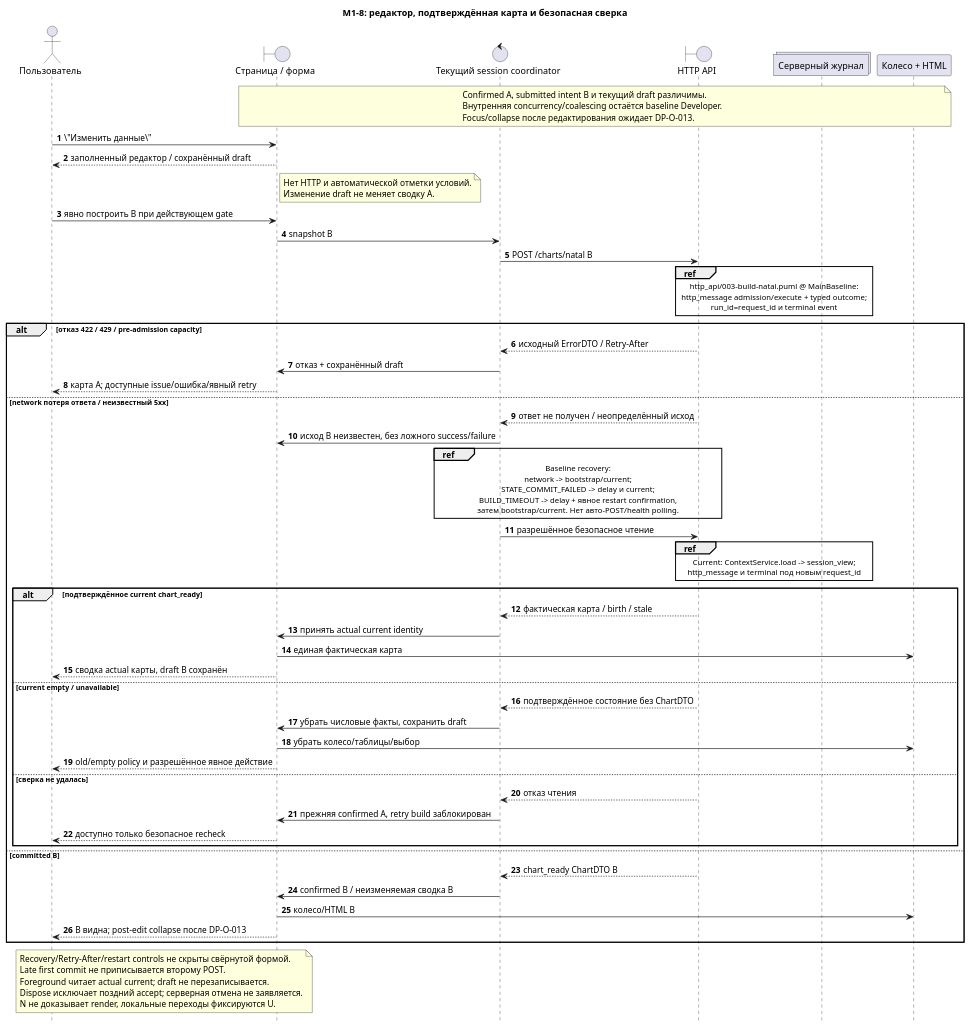
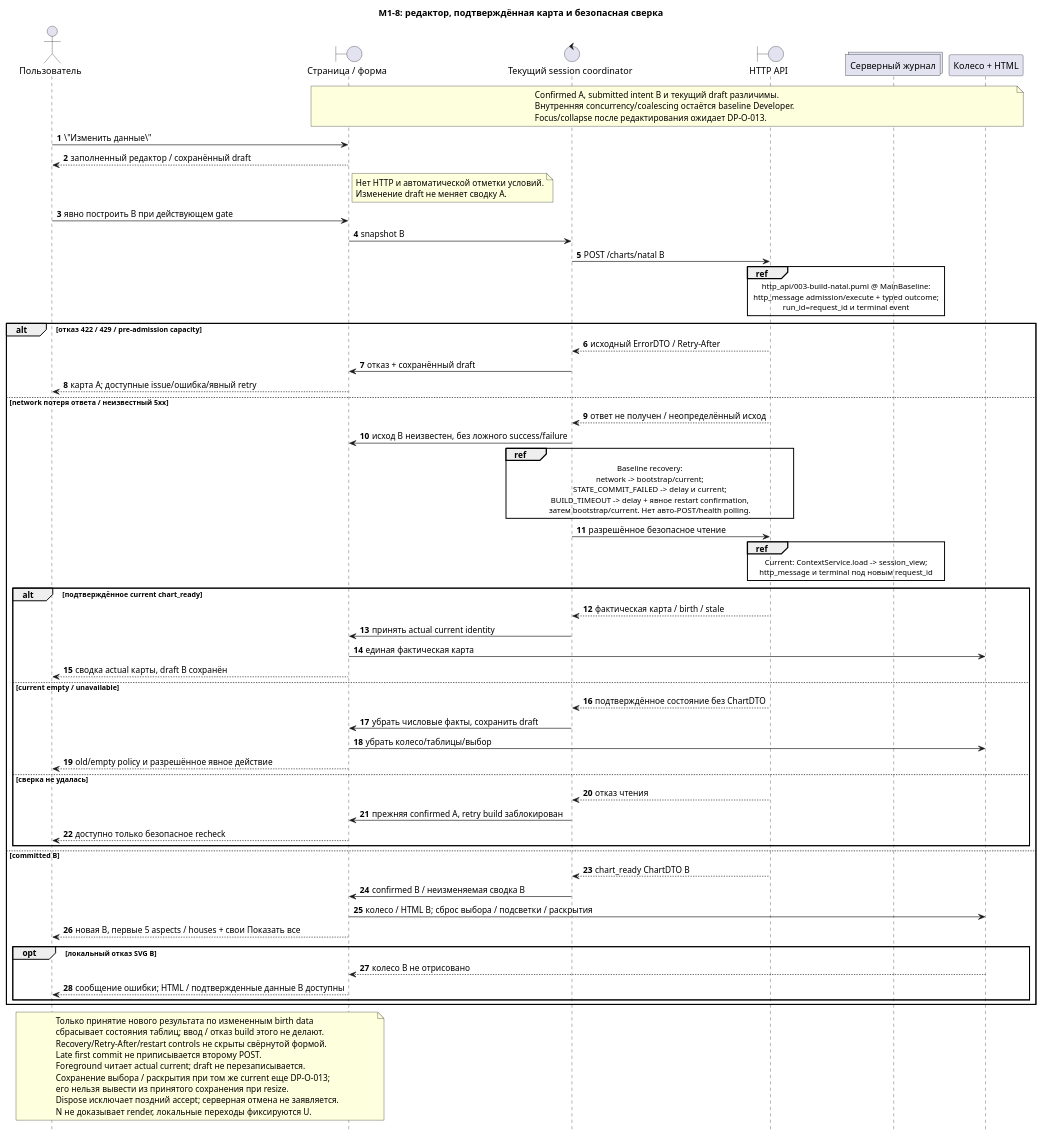
The diagram in docs/project_management/change_plans/ui-chart-wheel/analyst/sequence_diagrams/ui/003-edit-and-recovery.puml (ksenia-baranova/exact-orb-demo), drawn with PlantUML before and after one commit. The commit also changed 9 other files, not shown here.

```diff
--- a/docs/project_management/change_plans/ui-chart-wheel/analyst/sequence_diagrams/ui/003-edit-and-recovery.puml
+++ b/docs/project_management/change_plans/ui-chart-wheel/analyst/sequence_diagrams/ui/003-edit-and-recovery.puml
@@ -1,82 +1,90 @@
 @startuml
-' Owner: Functional Analyst. TASK-A-001; package v1.
-' InputSHA 5188b523089acc8081585e869c482ee0d343cfba
+' Owner: Functional Analyst. TASK-A-001; package v2; update 2026-10-15.
+' Update InputSHA 2b846077b317e33dd892565419942c4db8517b1e; v1 at 683bdd0
 ' REQ-WHEEL-08/11; REQ-UI-03/08/09/11
 ' AS-WHEEL-17/18/19/20/21/22
 ' Clean target: docs/sequence_diagrams/ui/003-edit-and-recovery.puml
 title M1-8: редактор, подтверждённая карта и безопасная сверка
 autonumber
 hide footbox
 actor "Пользователь" as User
 boundary "Страница / форма" as Page
 control "Текущий session coordinator" as Session
 boundary "HTTP API" as API
 collections "Серверный журнал" as Log
 participant "Колесо + HTML" as Views
 note over Page, Views
 Confirmed A, submitted intent B и текущий draft различимы.
 Внутренняя concurrency/coalescing остаётся baseline Developer.
 Focus/collapse после редактирования ожидает DP-O-013.
 end note
 User -> Page : \"Изменить данные\"
 Page --> User : заполненный редактор / сохранённый draft
 note right of Page
 Нет HTTP и автоматической отметки условий.
 Изменение draft не меняет сводку A.
 end note
 User -> Page : явно построить B при действующем gate
 Page -> Session : snapshot B
 Session -> API : POST /charts/natal B
 ref over API, Log
 http_api/003-build-natal.puml @ MainBaseline:
 http_message admission/execute + typed outcome;
 run_id=request_id и terminal event
 end ref
 alt отказ 422 / 429 / pre-admission capacity
   API --> Session : исходный ErrorDTO / Retry-After
   Session -> Page : отказ + сохранённый draft
   Page --> User : карта A; доступные issue/ошибка/явный retry
 else network потеря ответа / неизвестный 5xx
   API --> Session : ответ не получен / неопределённый исход
   Session -> Page : исход B неизвестен, без ложного success/failure
   ref over Session, API
   Baseline recovery:
   network -> bootstrap/current;
   STATE_COMMIT_FAILED -> delay и current;
   BUILD_TIMEOUT -> delay + явное restart confirmation,
   затем bootstrap/current. Нет авто-POST/health polling.
   end ref
   Session -> API : разрешённое безопасное чтение
   ref over API, Log
   Current: ContextService.load -> session_view;
   http_message и terminal под новым request_id
   end ref
   alt подтверждённое current chart_ready
     API --> Session : фактическая карта / birth / stale
     Session -> Page : принять actual current identity
     Page -> Views : единая фактическая карта
     Page --> User : сводка actual карты, draft B сохранён
   else current empty / unavailable
     API --> Session : подтверждённое состояние без ChartDTO
     Session -> Page : убрать числовые факты, сохранить draft
     Page -> Views : убрать колесо/таблицы/выбор
     Page --> User : old/empty policy и разрешённое явное действие
   else сверка не удалась
     API --> Session : отказ чтения
     Session -> Page : прежняя confirmed A, retry build заблокирован
     Page --> User : доступно только безопасное recheck
   end
 else committed B
   API --> Session : chart_ready ChartDTO B
   Session -> Page : confirmed B / неизменяемая сводка B
-  Page -> Views : колесо/HTML B
-  Page --> User : B видна; post-edit collapse после DP-O-013
+  Page -> Views : колесо / HTML B; сброс выбора / подсветки / раскрытия
+  Page --> User : новая B, первые 5 aspects / houses + свои Показать все
+  opt локальный отказ SVG B
+    Views --> Page : колесо B не отрисовано
+    Page --> User : сообщение ошибки; HTML / подтвержденные данные B доступны
+  end
 end
 note over Page, User
+Только принятие нового результата по измененным birth data
+сбрасывает состояния таблиц; ввод / отказ build этого не делают.
 Recovery/Retry-After/restart controls не скрыты свёрнутой формой.
 Late first commit не приписывается второму POST.
 Foreground читает actual current; draft не перезаписывается.
+Сохранение выбора / раскрытия при том же current еще DP-O-013;
+его нельзя вывести из принятого сохранения при resize.
 Dispose исключает поздний accept; серверная отмена не заявляется.
 N не доказывает render, локальные переходы фиксируются U.
 end note
 @enduml
```
